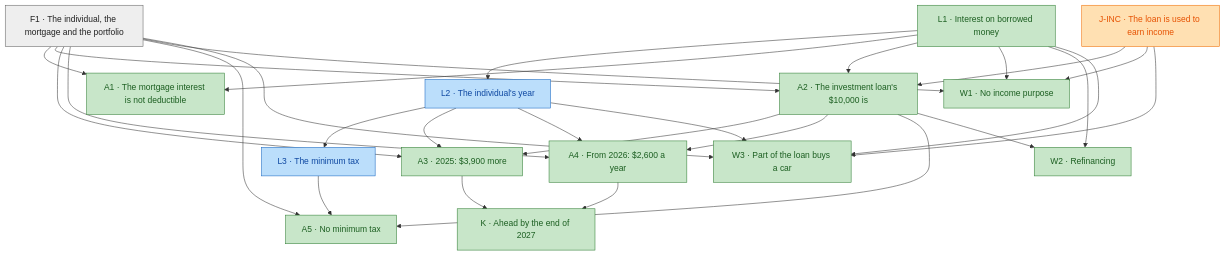
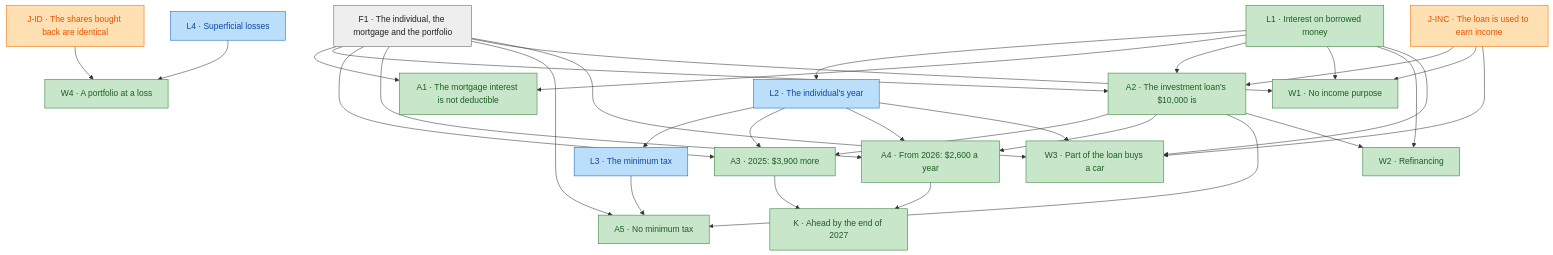
One commit to SeanWMurray/Canteen changed the first of 3 diagrams in docs/blueprint/debt-swap.md. Above: the diagram before and after it, drawn with Mermaid. The commit also changed other lines of this file and 6 other files, not shown here.

First line of the commit message:
Add a superficial loss what-if to the debt swap memo

````diff
--- a/docs/blueprint/debt-swap.md
+++ b/docs/blueprint/debt-swap.md
@@ -15,50 +15,55 @@
 ```mermaid
 graph TD
   n0["L1 · Interest on borrowed money"]:::proven
   n1["L2 · The individual's year"]:::encoded
   n2["L3 · The minimum tax"]:::encoded
   n3["F1 · The individual, the mortgage and the portfolio"]:::fact
   n4["J-INC · The loan is used to earn income"]:::judgment
   n5["A1 · The mortgage interest is not deductible"]:::proven
   n6["A2 · The investment loan's $10,000 is"]:::proven
   n7["A3 · 2025: $3,900 more"]:::proven
   n8["A4 · From 2026: $2,600 a year"]:::proven
   n9["A5 · No minimum tax"]:::proven
   n10["K · Ahead by the end of 2027"]:::proven
   n11["W1 · No income purpose"]:::proven
   n12["W2 · Refinancing"]:::proven
   n13["W3 · Part of the loan buys a car"]:::proven
+  n14["L4 · Superficial losses"]:::encoded
+  n15["J-ID · The shares bought back are identical"]:::judgment
+  n16["W4 · A portfolio at a loss"]:::proven
   n0 --> n1
   n1 --> n2
   n3 --> n5
   n0 --> n5
   n3 --> n6
   n4 --> n6
   n0 --> n6
   n6 --> n7
   n3 --> n7
   n1 --> n7
   n6 --> n8
   n3 --> n8
   n1 --> n8
   n6 --> n9
   n3 --> n9
   n2 --> n9
   n7 --> n10
   n8 --> n10
   n3 --> n11
   n4 --> n11
   n0 --> n11
   n6 --> n12
   n0 --> n12
   n3 --> n13
   n4 --> n13
   n0 --> n13
   n1 --> n13
+  n15 --> n16
+  n14 --> n16
   classDef proven fill:#c8e6c9,stroke:#2e7d32,color:#1b5e20
   classDef encoded fill:#bbdefb,stroke:#1565c0,color:#0d47a1
   classDef fact fill:#eeeeee,stroke:#616161,color:#212121
   classDef judgment fill:#ffe0b2,stroke:#ef6c00,color:#e65100
   classDef notFormalized fill:#ffffff,stroke:#c62828,color:#b71c1c,stroke-dasharray:5 5
   classDef unproven fill:#ffcdd2,stroke:#c62828,color:#b71c1c
 ```
````
